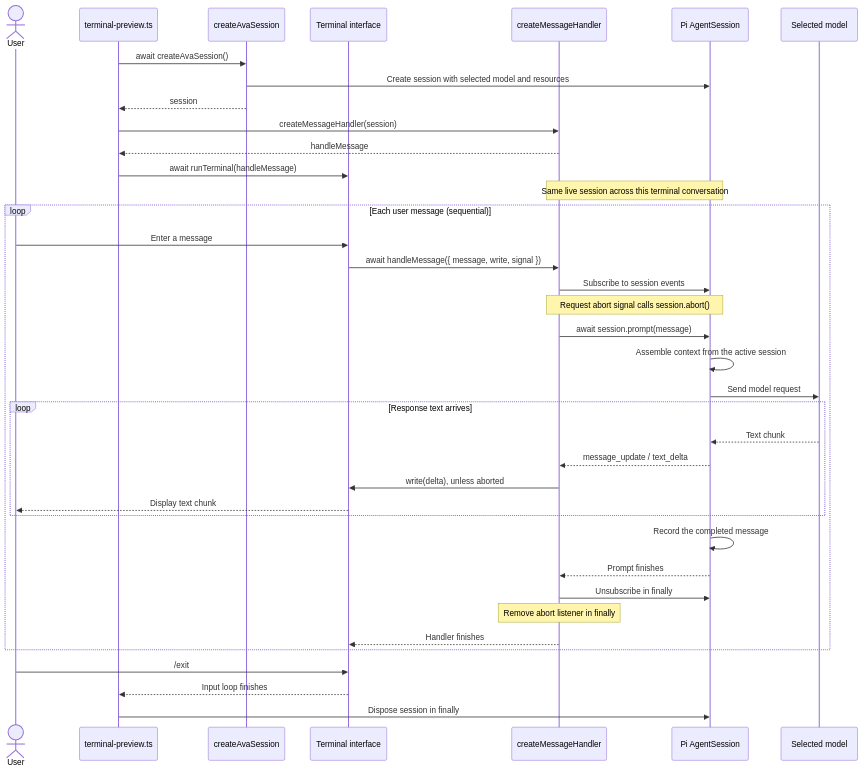
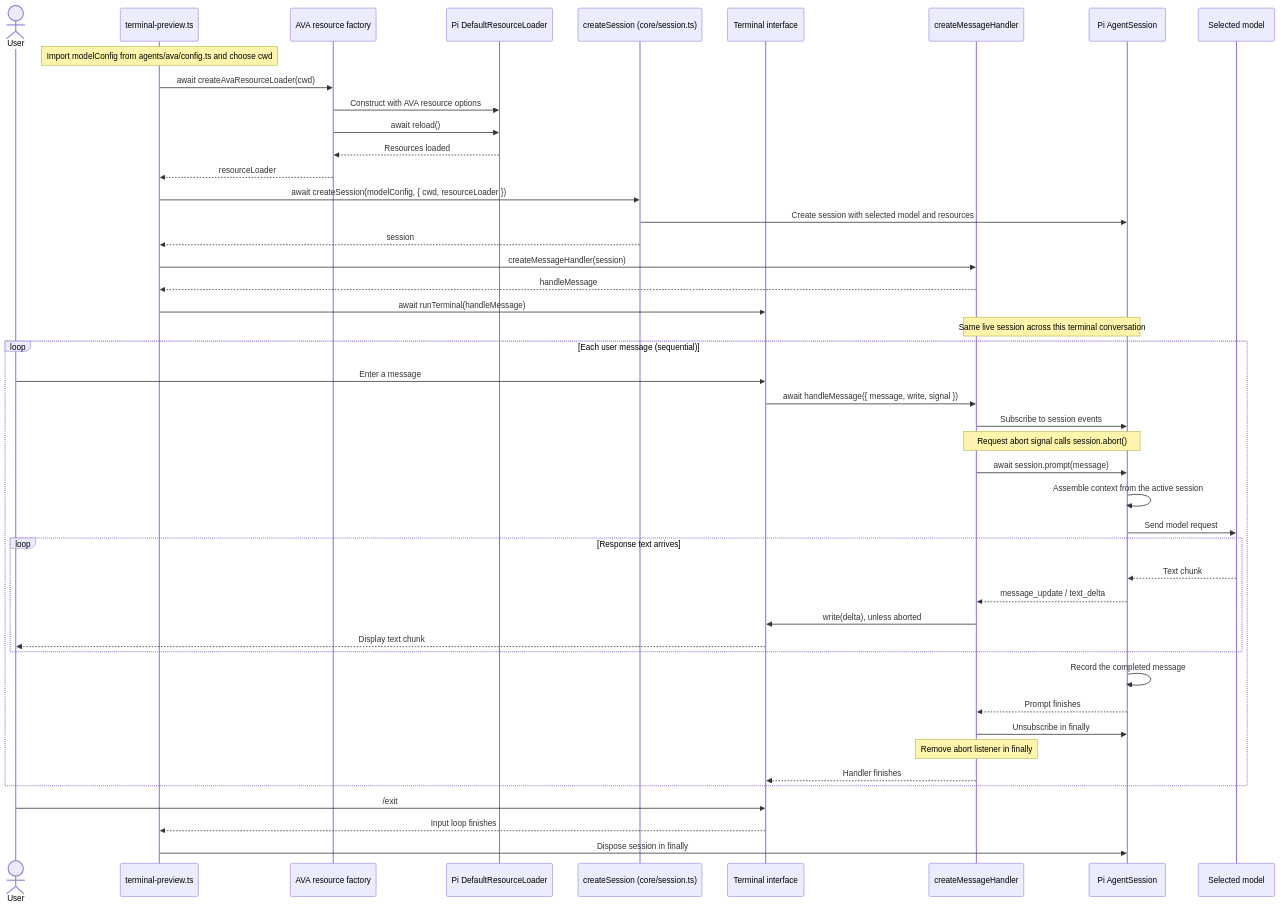
Before and after one commit to fjeansilva/ava-personal-assistant: the fifth of 6 diagrams in ARCHITECTURE.md, drawn with Mermaid. The commit also changed other lines of this file and 7 other files, not shown here.

First line of the commit message:
refactor(ava): separate agent configuration from Pi session setup

````diff
--- a/ARCHITECTURE.md
+++ b/ARCHITECTURE.md
@@ -88,40 +127,48 @@
 ```mermaid
 sequenceDiagram
     actor User
     participant App as terminal-preview.ts
-    participant Factory as createAvaSession
+    participant Resources as AVA resource factory
+    participant Loader as Pi DefaultResourceLoader
+    participant Factory as createSession (core/session.ts)
     participant Terminal as Terminal interface
     participant Handler as createMessageHandler
     participant Pi as Pi AgentSession
     participant Model as Selected model
-    App->>Factory: await createAvaSession()
+    Note over App: Import modelConfig from agents/ava/config.ts and choose cwd
+    App->>Resources: await createAvaResourceLoader(cwd)
+    Resources->>Loader: Construct with AVA resource options
+    Resources->>Loader: await reload()
+    Loader-->>Resources: Resources loaded
+    Resources-->>App: resourceLoader
+    App->>Factory: await createSession(modelConfig, { cwd, resourceLoader })
     Factory->>Pi: Create session with selected model and resources
     Factory-->>App: session
     App->>Handler: createMessageHandler(session)
     Handler-->>App: handleMessage
     App->>Terminal: await runTerminal(handleMessage)
     Note over Handler,Pi: Same live session across this terminal conversation
     loop Each user message (sequential)
         User->>Terminal: Enter a message
         Terminal->>Handler: await handleMessage({ message, write, signal })
         Handler->>Pi: Subscribe to session events
         Note over Handler,Pi: Request abort signal calls session.abort()
         Handler->>Pi: await session.prompt(message)
         Pi->>Pi: Assemble context from the active session
         Pi->>Model: Send model request
         loop Response text arrives
             Model-->>Pi: Text chunk
             Pi-->>Handler: message_update / text_delta
             Handler->>Terminal: write(delta), unless aborted
             Terminal-->>User: Display text chunk
         end
         Pi->>Pi: Record the completed message
         Pi-->>Handler: Prompt finishes
         Handler->>Pi: Unsubscribe in finally
         Note over Handler: Remove abort listener in finally
         Handler-->>Terminal: Handler finishes
     end
     User->>Terminal: /exit
     Terminal-->>App: Input loop finishes
     App->>Pi: Dispose session in finally
 ```
````
